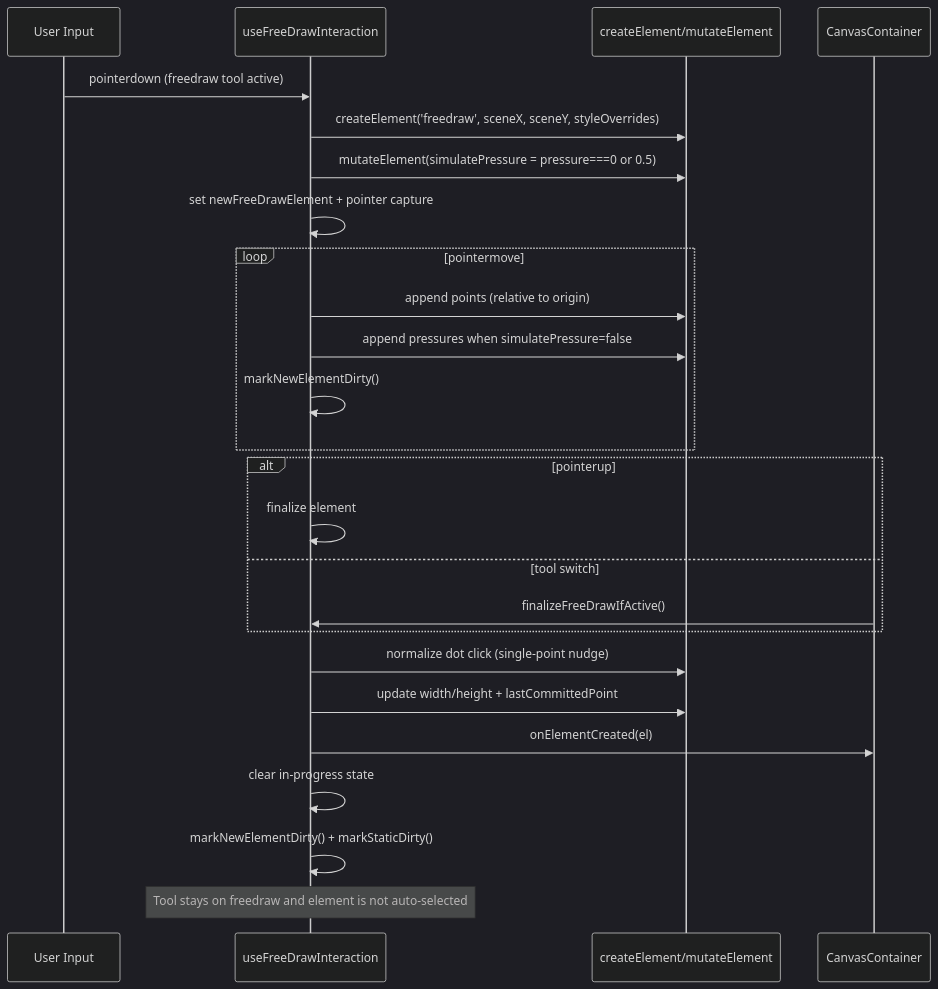
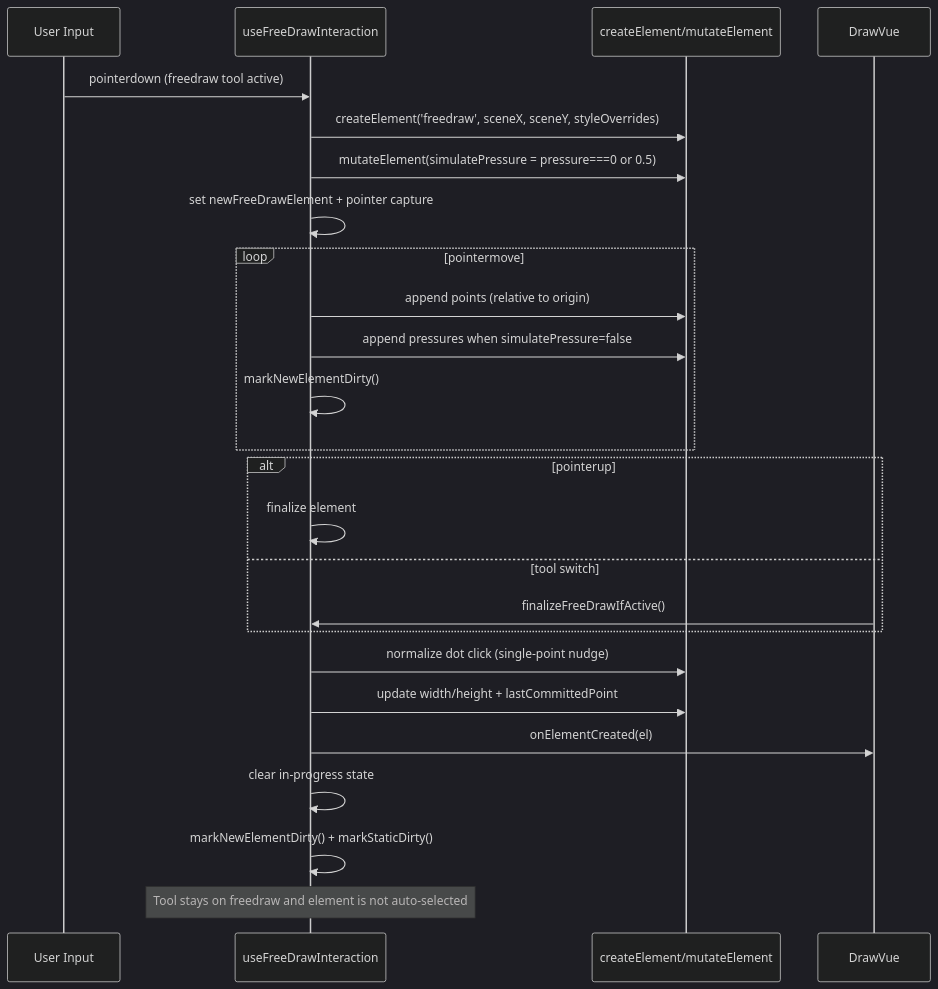
The fourth of 4 diagrams in docs/diagrams/shape-drawing-flow.md (alexanderop/excalidrawNuxt), drawn with Mermaid (dark theme) before and after one commit. The commit also changed 52 other files, not shown here.

````diff
--- a/docs/diagrams/shape-drawing-flow.md
+++ b/docs/diagrams/shape-drawing-flow.md
@@ -80,31 +80,31 @@
 ```mermaid
 sequenceDiagram
         participant User as User Input
         participant FD as useFreeDrawInteraction
         participant EL as createElement/mutateElement
-        participant CC as CanvasContainer
+        participant CC as DrawVue
 
         User->>FD: pointerdown (freedraw tool active)
         FD->>EL: createElement('freedraw', sceneX, sceneY, styleOverrides)
         FD->>EL: mutateElement(simulatePressure = pressure===0 or 0.5)
         FD->>FD: set newFreeDrawElement + pointer capture
 
         loop pointermove
             FD->>EL: append points (relative to origin)
             FD->>EL: append pressures when simulatePressure=false
             FD->>FD: markNewElementDirty()
         end
 
         alt pointerup
             FD->>FD: finalize element
         else tool switch
             CC->>FD: finalizeFreeDrawIfActive()
         end
 
         FD->>EL: normalize dot click (single-point nudge)
         FD->>EL: update width/height + lastCommittedPoint
         FD->>CC: onElementCreated(el)
         FD->>FD: clear in-progress state
         FD->>FD: markNewElementDirty() + markStaticDirty()
         Note over FD: Tool stays on freedraw and element is not auto-selected
 ```
````
